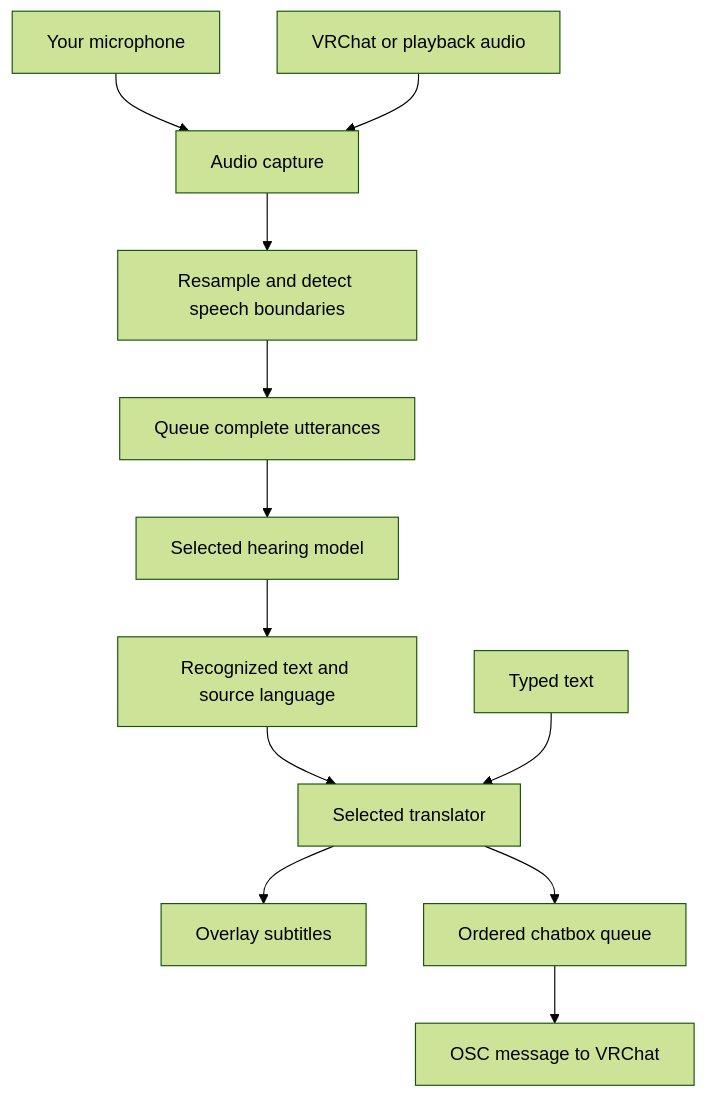
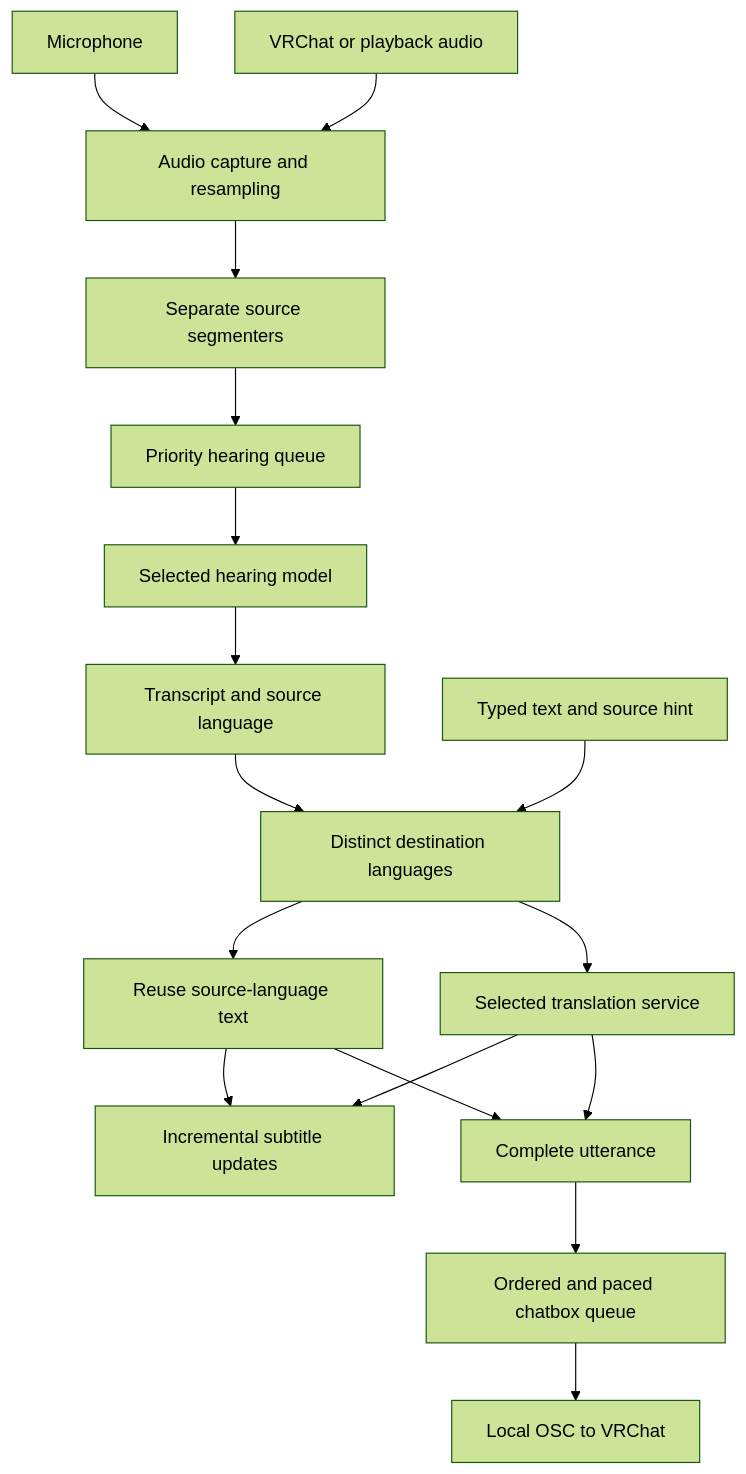
One commit to SentoMinh/ART-Asia-realtime-Translator changed the diagram in ART Project Guide.md. Above: the diagram before and after it, drawn with Mermaid (forest theme). The commit also changed other lines of this file and 13 other files, not shown here.

Commit message:
fix: translate mixed-language text and preload local translator weights

````diff
--- a/ART Project Guide.md
+++ b/ART Project Guide.md
@@ -42,14 +136,19 @@
 ```mermaid
 flowchart TD
-    Mic[Your microphone] --> Capture[Audio capture]
+    Mic[Microphone] --> Capture[Audio capture and resampling]
     Game[VRChat or playback audio] --> Capture
-    Capture --> VAD[Resample and detect speech boundaries]
-    VAD --> Queue[Queue complete utterances]
-    Queue --> Hearing[Selected hearing model]
-    Hearing --> Text[Recognized text and source language]
-    Text --> Translation[Selected translator]
-    Typed[Typed text] --> Translation
-    Translation --> Panel[Overlay subtitles]
-    Translation --> ChatQueue[Ordered chatbox queue]
-    ChatQueue --> OSC[OSC message to VRChat]
+    Capture --> VAD[Separate source segmenters]
+    VAD --> HearQueue[Priority hearing queue]
+    HearQueue --> Hearing[Selected hearing model]
+    Hearing --> Original[Transcript and source language]
+    Original --> Targets[Distinct destination languages]
+    Typed[Typed text and source hint] --> Targets
+    Targets --> Reuse[Reuse source-language text]
+    Targets --> Translate[Selected translation service]
+    Reuse --> Panel[Incremental subtitle updates]
+    Translate --> Panel
+    Translate --> Complete[Complete utterance]
+    Reuse --> Complete
+    Complete --> Outbox[Ordered and paced chatbox queue]
+    Outbox --> OSC[Local OSC to VRChat]
 ```
````
